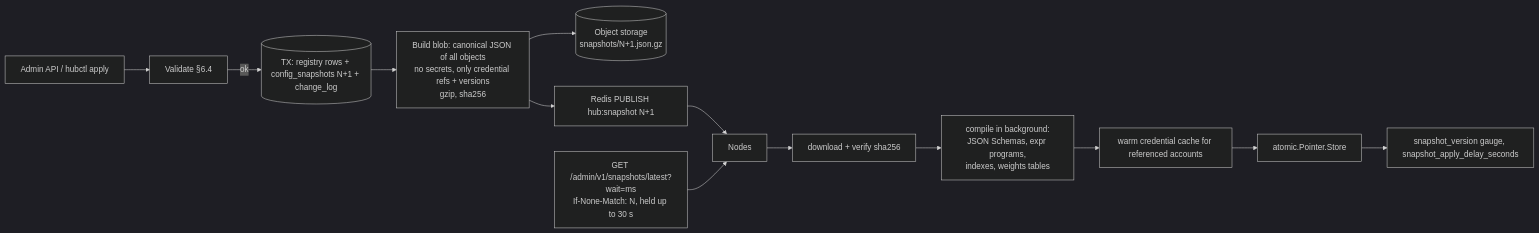
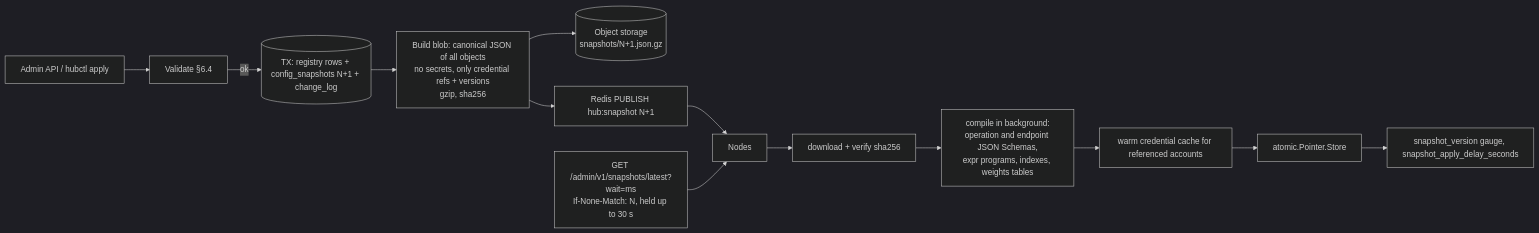
The eighth of 9 diagrams in docs/tech/TECH_SPEC.md (Donquixot-Doflamingo/integration-hub), drawn with Mermaid (dark theme) before and after one commit. The commit also changed other lines of this file and 12 other files, not shown here.

````diff
--- a/docs/tech/TECH_SPEC.md
+++ b/docs/tech/TECH_SPEC.md
@@ -453,14 +454,14 @@
 ```mermaid
 flowchart LR
   A[Admin API / hubctl apply] --> V[Validate §6.4]
   V -->|ok| TX[(TX: registry rows + config_snapshots N+1 + change_log)]
   TX --> B[Build blob: canonical JSON of all objects<br/>no secrets, only credential refs + versions<br/>gzip, sha256]
   B --> O[(Object storage<br/>snapshots/N+1.json.gz)]
   B --> P[Redis PUBLISH hub:snapshot N+1]
   P --> N[Nodes]
   LP[GET /admin/v1/snapshots/latest?wait=ms<br/>If-None-Match: N, held up to 30 s] --> N
-  N --> D[download + verify sha256] --> C[compile in background:<br/>JSON Schemas, expr programs,<br/>indexes, weights tables]
+  N --> D[download + verify sha256] --> C[compile in background:<br/>operation and endpoint JSON Schemas,<br/>expr programs, indexes, weights tables]
   C --> W[warm credential cache for referenced accounts]
   W --> S[atomic.Pointer.Store]
   S --> M[snapshot_version gauge, snapshot_apply_delay_seconds]
 ```
````
